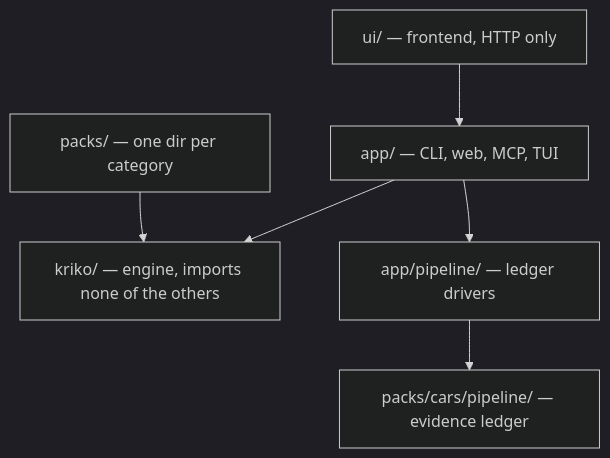
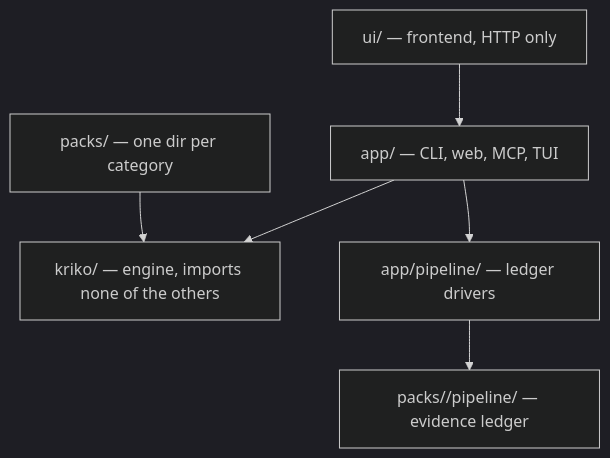
One commit to Berbadov/kriko changed the diagram in docs/ARCHITECTURE.md. Above: the diagram before and after it, drawn with Mermaid (dark theme). The commit also changed other lines of this file and 15 other files, not shown here.

````diff
--- a/docs/ARCHITECTURE.md
+++ b/docs/ARCHITECTURE.md
@@ -9,8 +20,8 @@
 ```mermaid
 flowchart TD
     UI["ui/ — frontend, HTTP only"] --> APP["app/ — CLI, web, MCP, TUI"]
     APP --> K["kriko/ — engine, imports none of the others"]
     PACKS["packs/ — one dir per category"] --> K
     APP --> PL["app/pipeline/ — ledger drivers"]
-    PL --> PP["packs/cars/pipeline/ — evidence ledger"]
+    PL --> PP["packs/<name>/pipeline/ — evidence ledger"]
 ```
````
